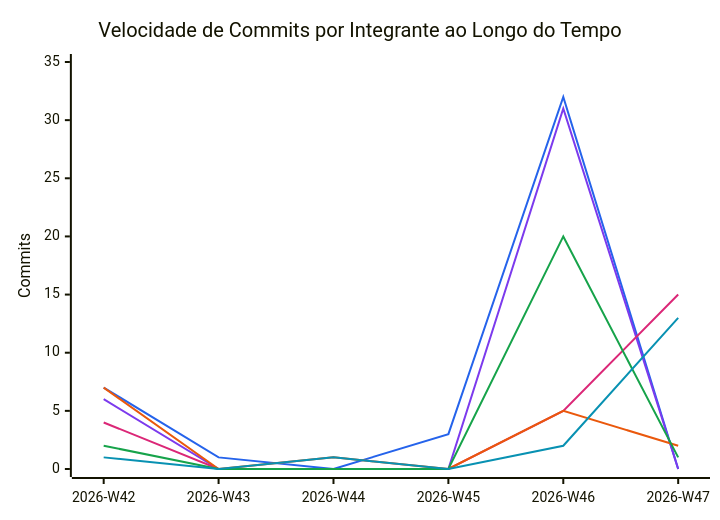
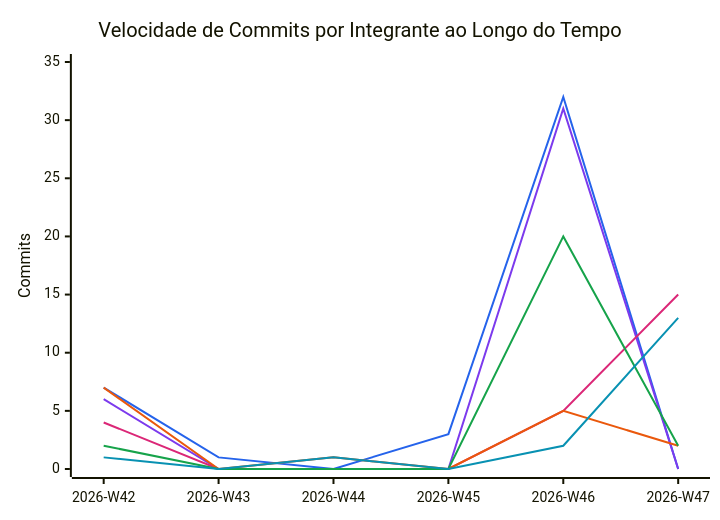
One commit to FCTE-Qualidade-de-Software-1/2026-2_T02_KAY_MCNULTY changed the diagram in snippets/commit-velocity.mmd. Above: the diagram before and after it, drawn with Mermaid. The commit also changed 3 other files, not shown here.

```diff
--- a/snippets/commit-velocity.mmd
+++ b/snippets/commit-velocity.mmd
@@ -1,11 +1,11 @@
 %%{init: {"themeVariables": {"xyChart": {"plotColorPalette": "#2563eb, #7c3aed, #db2777, #ea580c, #16a34a, #0891b2"}}}}%%
 xychart-beta
     title "Velocidade de Commits por Integrante ao Longo do Tempo"
     x-axis ["2026-W42", "2026-W43", "2026-W44", "2026-W45", "2026-W46", "2026-W47"]
     y-axis "Commits" 0 --> 35
     line [7, 1, 0, 3, 32, 0]
     line [6, 0, 0, 0, 31, 0]
     line [4, 0, 0, 0, 5, 15]
     line [7, 0, 1, 0, 5, 2]
-    line [2, 0, 0, 0, 20, 1]
+    line [2, 0, 0, 0, 20, 2]
     line [1, 0, 1, 0, 2, 13]
```
